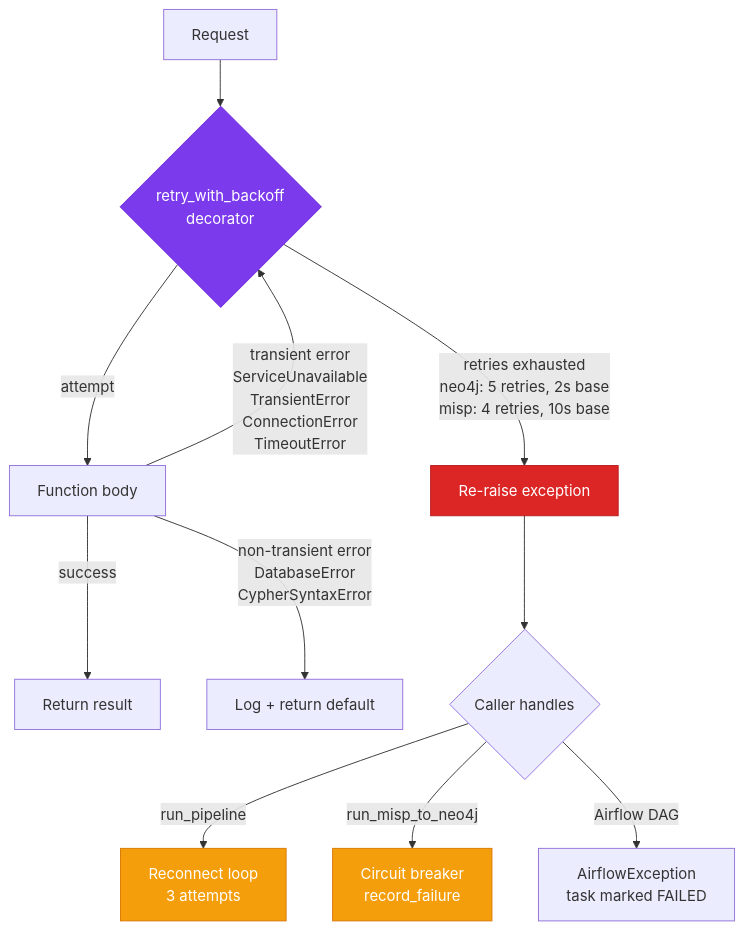
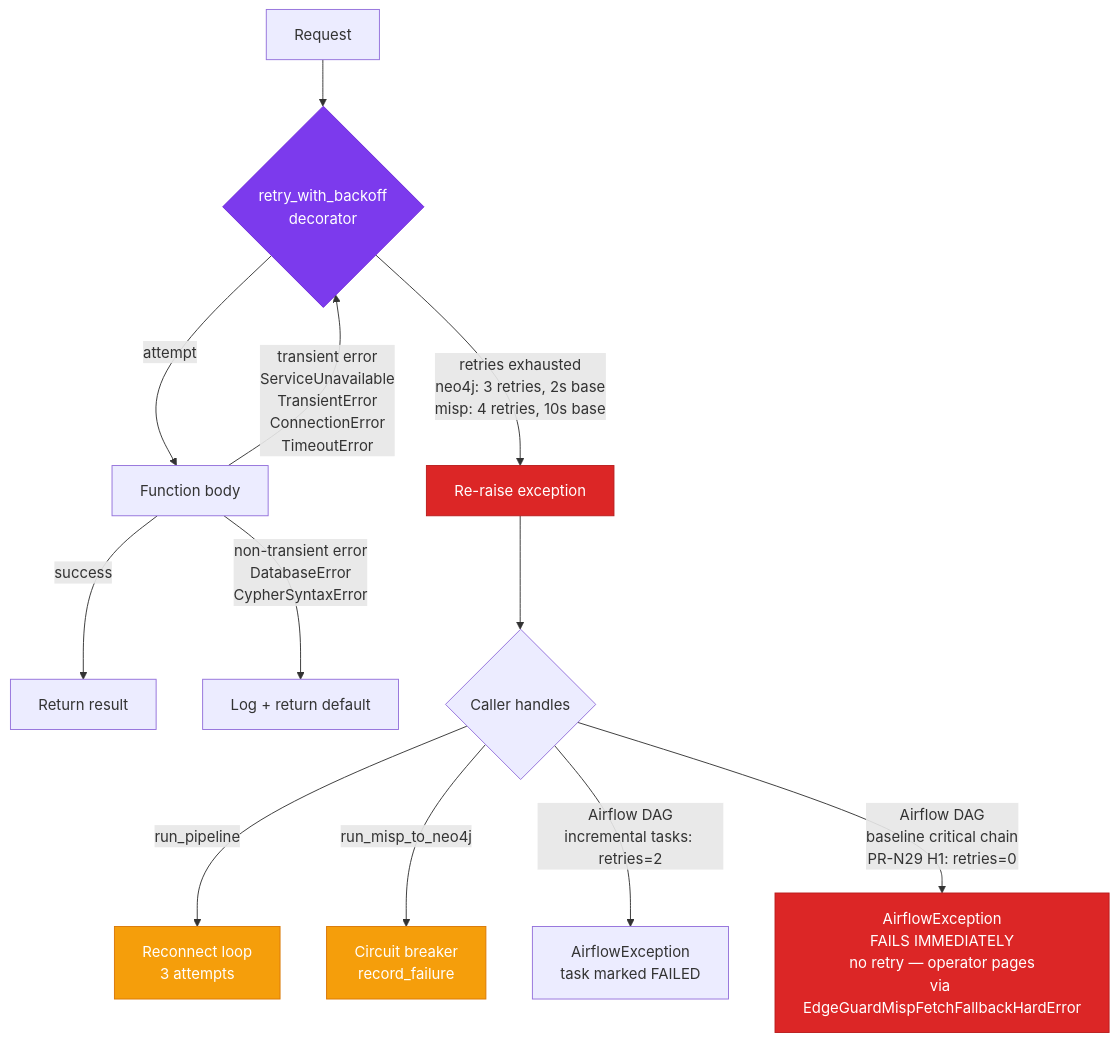
The sixth of 8 diagrams in docs/ARCHITECTURE_DIAGRAMS.md (Kopanov/EdgeGuard-Knowledge-Graph), drawn with Mermaid before and after one commit. The commit also changed other lines of this file and 2 other files, not shown here.

First line of the commit message:
docs(audit): PR-N34 — ARCHITECTURE_DIAGRAMS verification + 6 drift fixes (#115)

````diff
--- a/docs/ARCHITECTURE_DIAGRAMS.md
+++ b/docs/ARCHITECTURE_DIAGRAMS.md
@@ -204,19 +216,21 @@
 ```mermaid
 flowchart TD
     REQ[Request] --> DEC{retry_with_backoff<br/>decorator}
     DEC -->|attempt| FN[Function body]
     FN -->|success| RET[Return result]
     FN -->|transient error<br/>ServiceUnavailable<br/>TransientError<br/>ConnectionError<br/>TimeoutError| DEC
     FN -->|non-transient error<br/>DatabaseError<br/>CypherSyntaxError| ERR[Log + return default]
 
-    DEC -->|retries exhausted<br/>neo4j: 5 retries, 2s base<br/>misp: 4 retries, 10s base| RAISE[Re-raise exception]
+    DEC -->|retries exhausted<br/>neo4j: 3 retries, 2s base<br/>misp: 4 retries, 10s base| RAISE[Re-raise exception]
     RAISE --> CALLER{Caller handles}
     CALLER -->|run_pipeline| RECONNECT[Reconnect loop<br/>3 attempts]
     CALLER -->|run_misp_to_neo4j| CIRCUIT[Circuit breaker<br/>record_failure]
-    CALLER -->|Airflow DAG| AIRFLOW[AirflowException<br/>task marked FAILED]
+    CALLER -->|Airflow DAG<br/>incremental tasks: retries=2| AIRFLOW[AirflowException<br/>task marked FAILED]
+    CALLER -->|Airflow DAG<br/>baseline critical chain<br/>PR-N29 H1: retries=0| BASELINE_FAIL[AirflowException<br/>FAILS IMMEDIATELY<br/>no retry — operator pages<br/>via EdgeGuardMispFetchFallbackHardError]
 
     style DEC fill:#7c3aed,stroke:#6d28d9,color:#fff
     style RAISE fill:#dc2626,stroke:#b91c1c,color:#fff
     style RECONNECT fill:#f59e0b,stroke:#d97706,color:#fff
     style CIRCUIT fill:#f59e0b,stroke:#d97706,color:#fff
+    style BASELINE_FAIL fill:#dc2626,stroke:#b91c1c,color:#fff
 ```
````
